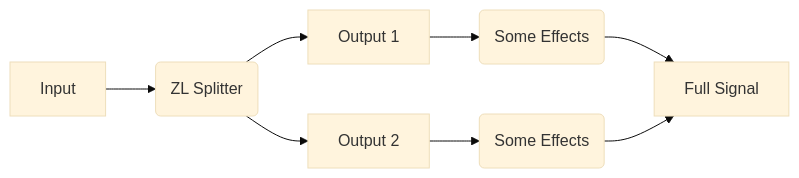
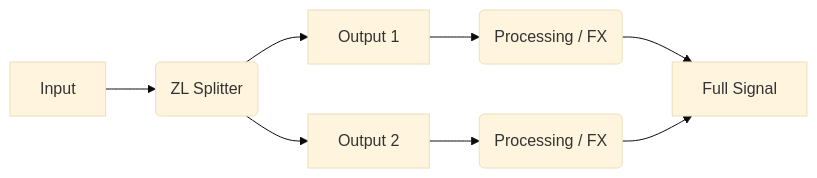
The first of 2 diagrams in content/en/plugins/zlsplitter/manual.md (ZL-Audio/zl-audio.github.io), drawn with Mermaid (base theme) before and after one commit. The commit also changed other lines of this file and 20 other files, not shown here.

````diff
--- a/content/en/plugins/zlsplitter/manual.md
+++ b/content/en/plugins/zlsplitter/manual.md
@@ -22,6 +20,6 @@
 ```mermaid
 flowchart LR
-    A[Input] -->B(ZL Splitter)
-    B --> C[Output 1] --> C1(Some Effects) --> E[Full Signal]
-    B --> D[Output 2] --> D1(Some Effects) --> E
+    A[Input] --> B(ZL Splitter)
+    B --> C[Output 1] --> C1(Processing / FX) --> E[Full Signal]
+    B --> D[Output 2] --> D1(Processing / FX) --> E
 ```
````
